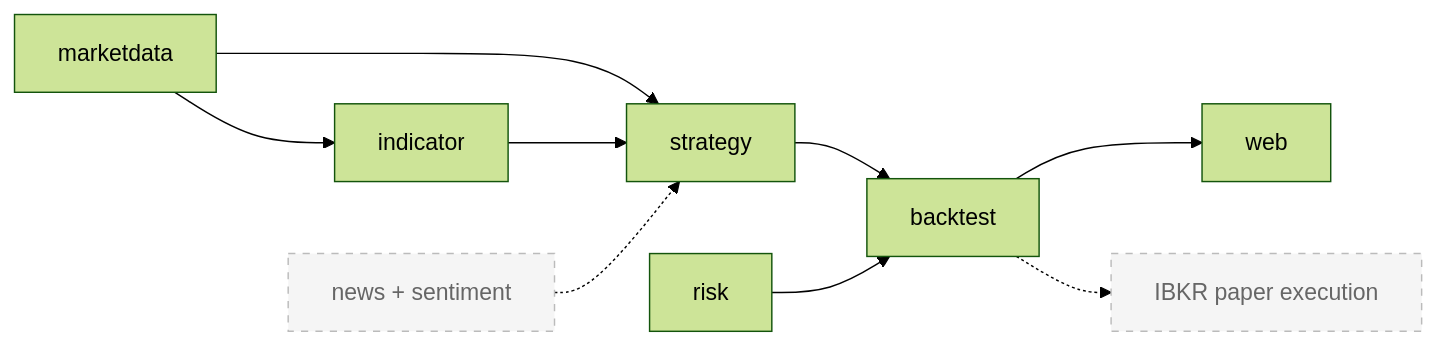
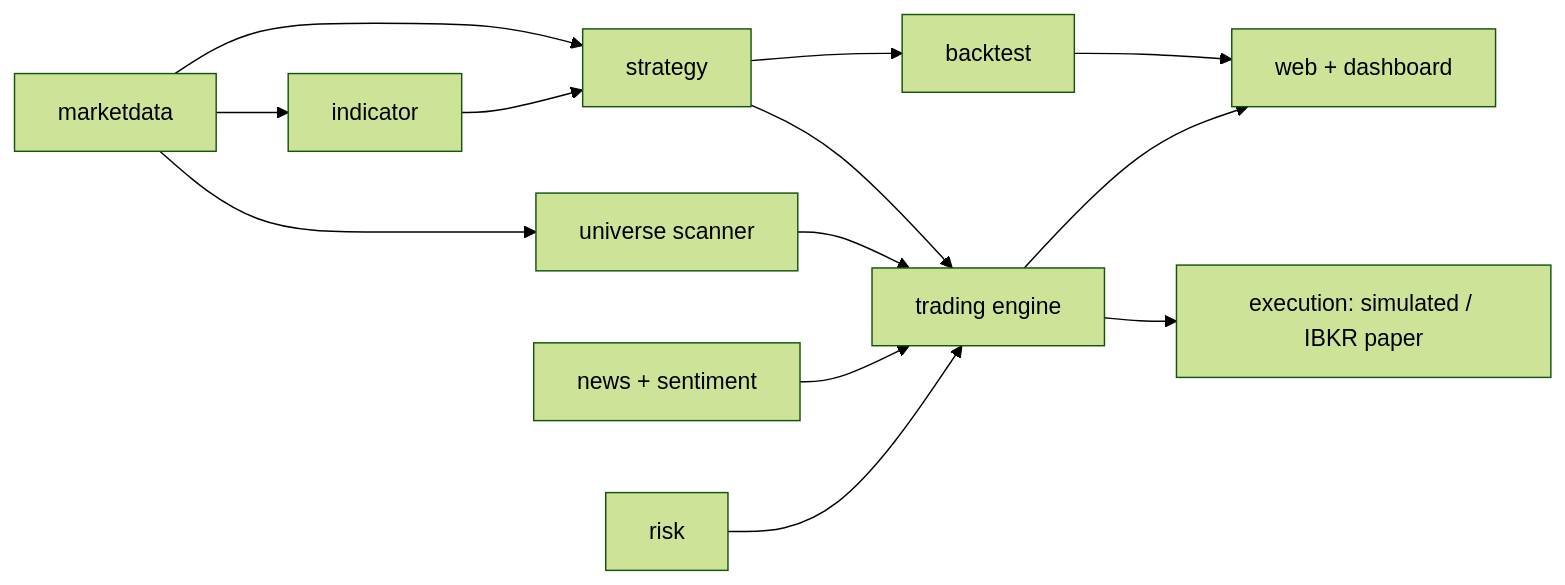
One commit to tim-rogger/quantdesk changed the diagram in README.md. Above: the diagram before and after it, drawn with Mermaid (forest theme). The commit also changed other lines of this file and 20 other files, not shown here.

Commit message:
feat: universe scanner (~100 US large caps), cross-sectional momentum ranking, top-N rebalancing engine, portfolio backtest, dashboard scan card

````diff
--- a/README.md
+++ b/README.md
@@ -9,16 +13,15 @@
 ```mermaid
 flowchart LR
-    marketdata[marketdata] --> strategy[strategy]
-    marketdata --> indicator[indicator]
+    marketdata[marketdata] --> indicator[indicator]
+    marketdata --> strategy[strategy]
+    marketdata --> universe[universe scanner]
+    indicator --> strategy
     strategy --> backtest[backtest]
-    indicator --> strategy
-    backtest --> web[web]
-    risk[risk] --> backtest
-
-    news[news + sentiment]:::planned
-    ibkr[IBKR paper execution]:::planned
-    news -.-> strategy
-    backtest -.-> ibkr
-
-    classDef planned fill:#f5f5f5,stroke:#bbb,stroke-dasharray:5 5,color:#666;
+    strategy --> engine[trading engine]
+    universe --> engine
+    news[news + sentiment] --> engine
+    risk[risk] --> engine
+    engine --> execution[execution: simulated / IBKR paper]
+    backtest --> web[web + dashboard]
+    engine --> web
 ```
````
